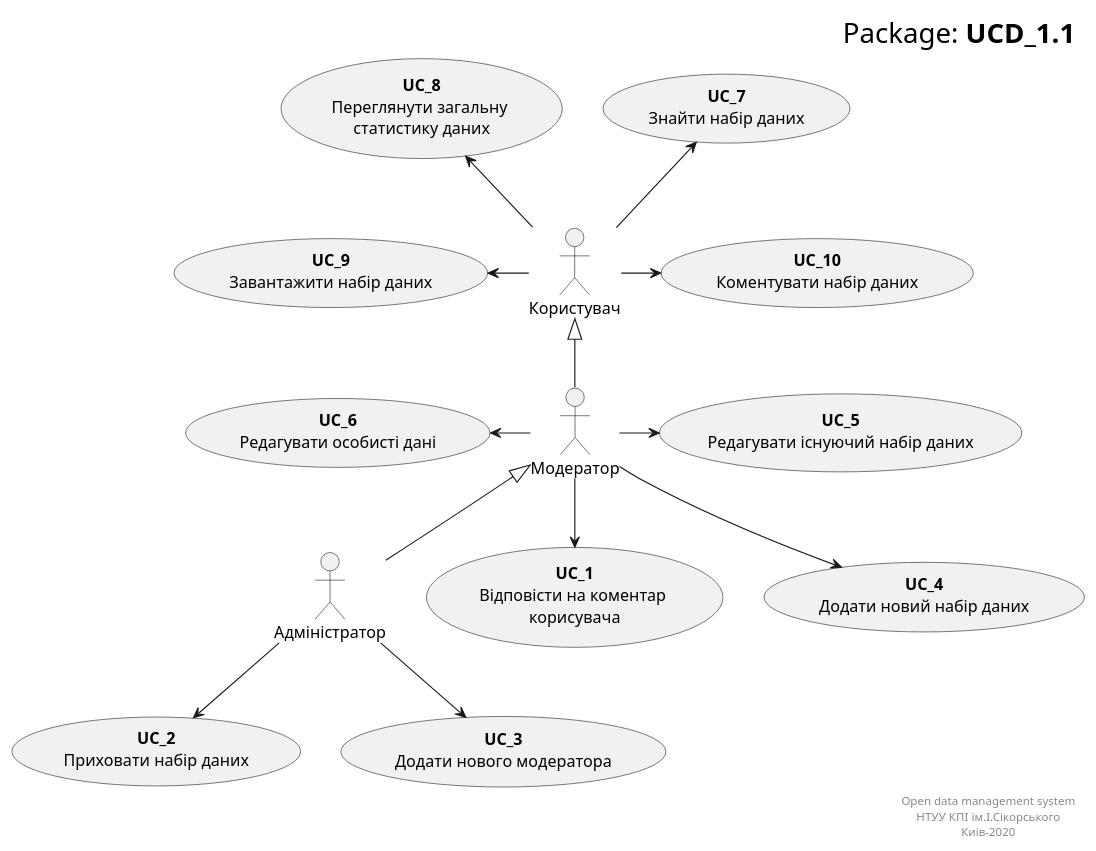
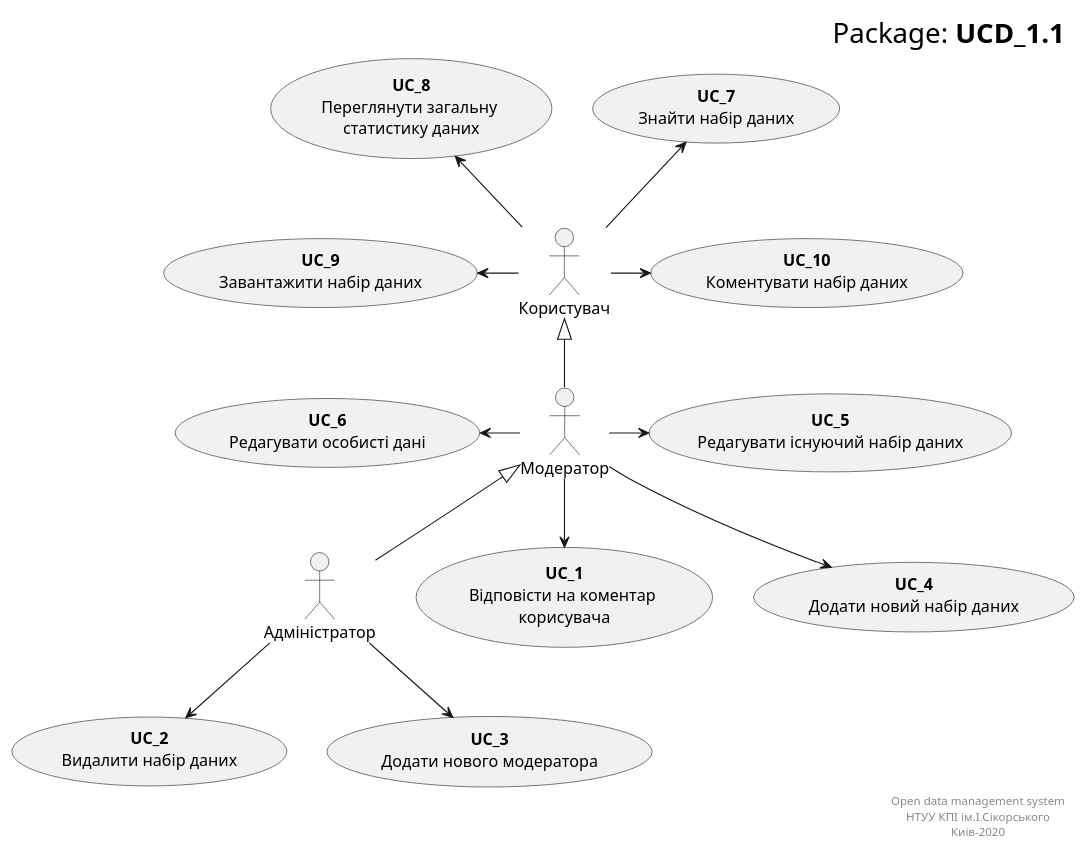
One commit to boldak/db_open_data changed the diagram in src/uml/usecase11.puml. Above: the diagram before and after it, drawn with PlantUML.

```diff
--- a/src/uml/usecase11.puml
+++ b/src/uml/usecase11.puml
@@ -1,46 +1,46 @@
 @startuml
 
 right header
         <font size=24 color=black>Package: <b>UCD_1.1
     end header
 
 actor :Адміністратор: as Admin
 actor :Модератор: as Moder
 actor :Користувач: as User
 
 usecase "<b>UC_1</b>\nВідповісти на коментар \nкорисувача" as UC_1
-usecase "<b>UC_2</b>\nПриховати набір даних" as UC_2
+usecase "<b>UC_2</b>\nВидалити набір даних" as UC_2
 usecase "<b>UC_3</b>\nДодати нового модератора" as UC_3
 
 usecase "<b>UC_4</b>\nДодати новий набір даних" as UC_4
 usecase "<b>UC_5</b>\nРедагувати існуючий набір даних" as UC_5
 usecase "<b>UC_6</b>\nРедагувати особисті дані" as UC_6
 
 usecase "<b>UC_7</b>\nЗнайти набір даних" as UC_7
 usecase "<b>UC_8</b>\nПереглянути загальну \nстатистику даних" as UC_8
 usecase "<b>UC_9</b>\nЗавантажити набір даних" as UC_9
 usecase "<b>UC_10</b>\nКоментувати набір даних" as UC_10
 
 Admin -u-|> Moder
 
 Moder -u-|> User
 
 Admin -down-> UC_2
 Admin -down-> UC_3
 
 Moder --> UC_1
 Moder --> UC_4
 Moder -right-> UC_5
 Moder -left-> UC_6
 
 User -up-> UC_7
 User -up-> UC_8
 User -left-> UC_9
 User -right-> UC_10
 
     right footer
         Open data management system
         НТУУ КПІ ім.І.Сікорського
         Киів-2020
     end footer
 @enduml
```
